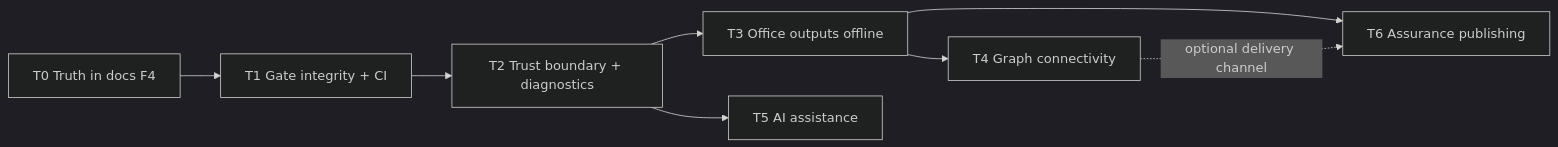
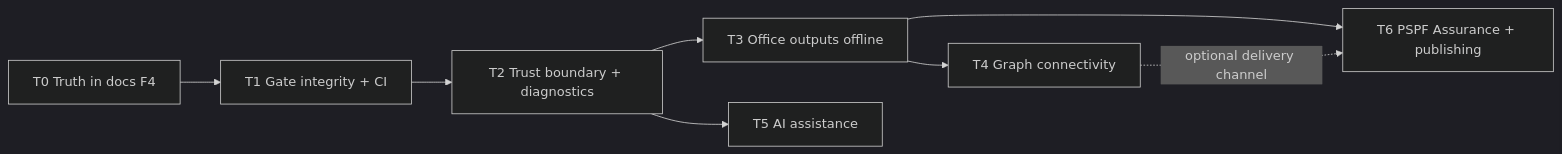
The diagram in pspf-grand-plan.md (MegaTobyOne/Conceptual), drawn with Mermaid (dark theme) before and after one commit. The commit also changed other lines of this file and 19 other files, not shown here.

````diff
--- a/pspf-grand-plan.md
+++ b/pspf-grand-plan.md
@@ -120,10 +127,10 @@
 ```mermaid
 graph LR
     T0[T0 Truth in docs F4] --> T1[T1 Gate integrity + CI]
     T1 --> T2[T2 Trust boundary + diagnostics]
     T2 --> T3[T3 Office outputs offline]
     T2 --> T5[T5 AI assistance]
     T3 --> T4[T4 Graph connectivity]
-    T3 --> T6[T6 Assurance publishing]
+    T3 --> T6[T6 PSPF Assurance + publishing]
     T4 -.optional delivery channel.-> T6
 ```
````
